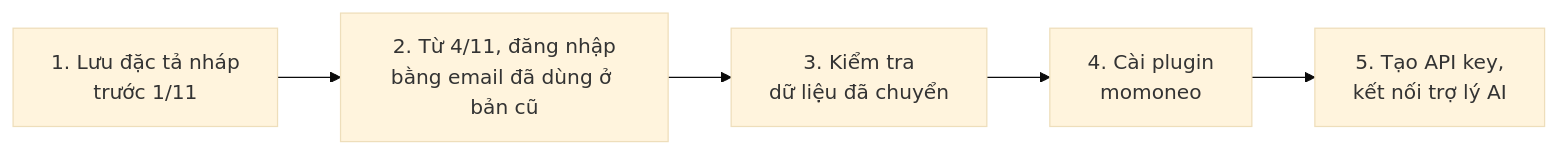
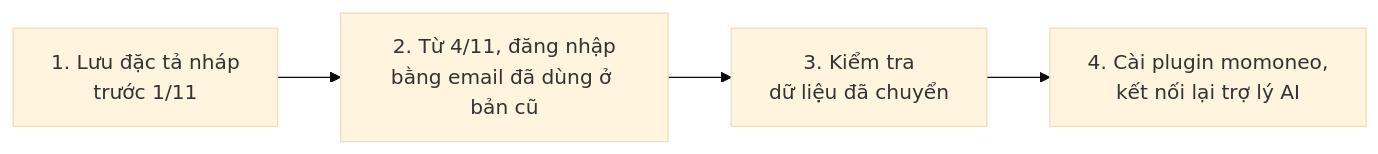
One commit to framgia/momorph-support changed the third of 4 diagrams in docs/v1-to-v2-migration.vi.md. Above: the diagram before and after it, drawn with Mermaid (base theme). The commit also changed other lines of this file and 14 other files, not shown here.

````diff
--- a/docs/v1-to-v2-migration.vi.md
+++ b/docs/v1-to-v2-migration.vi.md
@@ -99,4 +71,4 @@
 ```mermaid
 flowchart LR
-  A["1. Lưu đặc tả nháp<br>trước 1/11"] --> B["2. Từ 4/11, đăng nhập<br>bằng email đã dùng ở bản cũ"] --> C["3. Kiểm tra<br>dữ liệu đã chuyển"] --> D["4. Cài plugin<br>momoneo"] --> E["5. Tạo API key,<br>kết nối trợ lý AI"]
+  A["1. Lưu đặc tả nháp<br>trước 1/11"] --> B["2. Từ 4/11, đăng nhập<br>bằng email đã dùng ở bản cũ"] --> C["3. Kiểm tra<br>dữ liệu đã chuyển"] --> D["4. Cài plugin momoneo,<br>kết nối lại trợ lý AI"]
 ```
````
